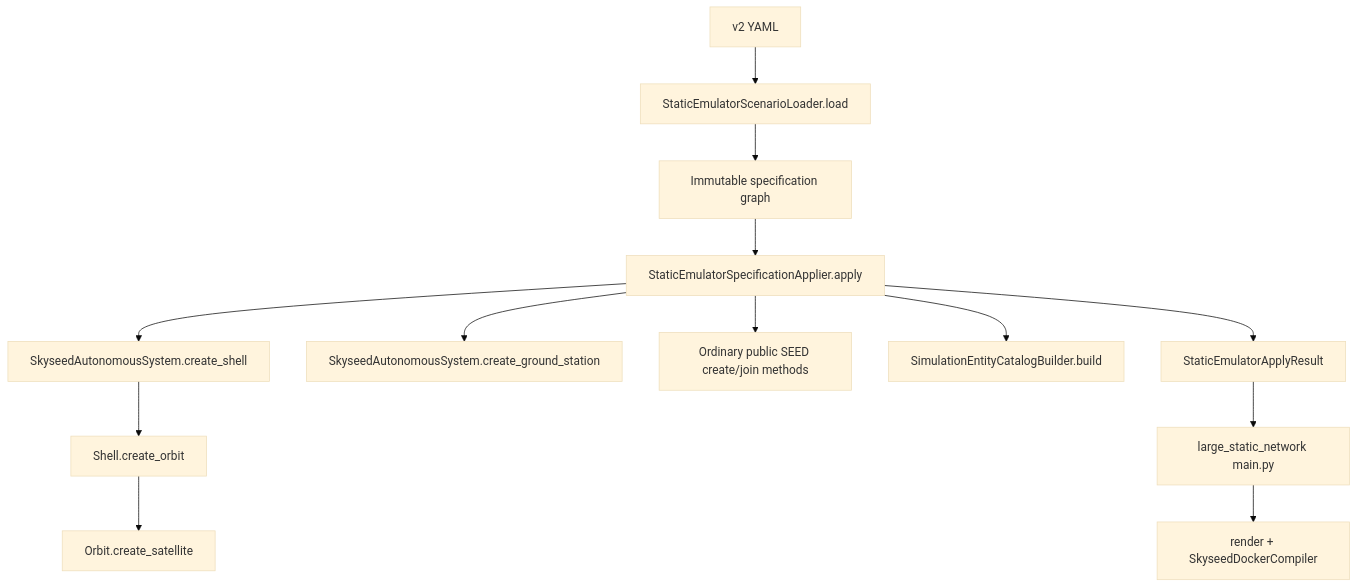
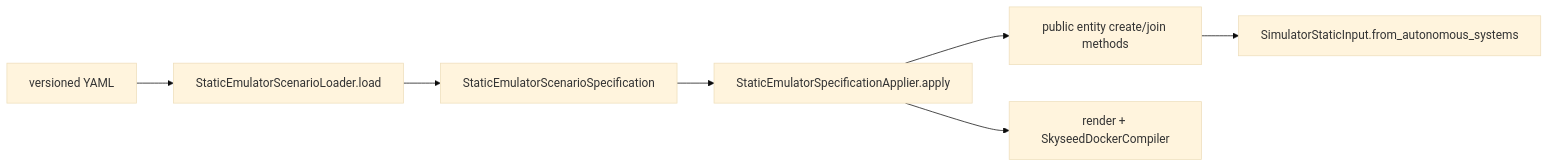
Before and after one commit to seed-labs/skyseed: the third of 4 diagrams in skyseed_v2/docs/architecture/emulator-public-construction-api.md, drawn with Mermaid (base theme). The commit also changed other lines of this file and 22 other files, not shown here.

Commit message:
Synchronize package architecture records

````diff
--- a/skyseed_v2/docs/architecture/emulator-public-construction-api.md
+++ b/skyseed_v2/docs/architecture/emulator-public-construction-api.md
@@ -333,23 +101,9 @@
 ```mermaid
-flowchart TD
-    YAML[v2 YAML]
-    Loader[StaticEmulatorScenarioLoader.load]
-    Spec[Immutable specification graph]
-    Apply[StaticEmulatorSpecificationApplier.apply]
-    ASCreate[SkyseedAutonomousSystem.create_shell]
-    OrbitCreate[Shell.create_orbit]
-    SatelliteCreate[Orbit.create_satellite]
-    GSCreate[SkyseedAutonomousSystem.create_ground_station]
-    SEED[Ordinary public SEED create/join methods]
-    Catalog[SimulationEntityCatalogBuilder.build]
-    Result[StaticEmulatorApplyResult]
-    Example[large_static_network main.py]
-    Compiler[render + SkyseedDockerCompiler]
-
-    YAML --> Loader --> Spec --> Apply
-    Apply --> ASCreate --> OrbitCreate --> SatelliteCreate
-    Apply --> GSCreate
-    Apply --> SEED
-    Apply --> Catalog
-    Apply --> Result --> Example --> Compiler
+flowchart LR
+    Y[versioned YAML] --> L[StaticEmulatorScenarioLoader.load]
+    L --> S[StaticEmulatorScenarioSpecification]
+    S --> A[StaticEmulatorSpecificationApplier.apply]
+    A --> E[public entity create/join methods]
+    E --> I[SimulatorStaticInput.from_autonomous_systems]
+    A --> C[render + SkyseedDockerCompiler]
 ```
````
